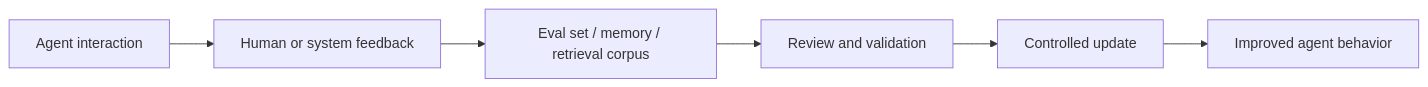
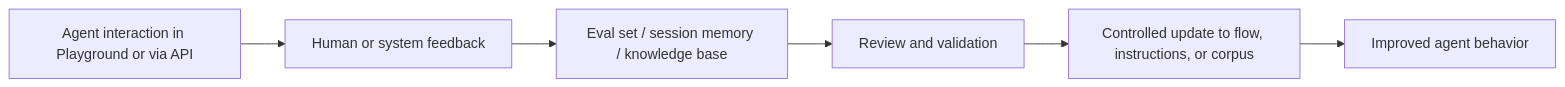
Before and after one commit to naren-allam/agents-beginners: the third of 11 diagrams in book/chapters/chapter-02-from-agents-to-agentic-ai.md, drawn with Mermaid. The commit also changed other lines of this file and 28 other files, not shown here.

````diff
--- a/book/chapters/chapter-02-from-agents-to-agentic-ai.md
+++ b/book/chapters/chapter-02-from-agents-to-agentic-ai.md
@@ -65,15 +72,15 @@
 ```mermaid
 flowchart LR
-    Interaction["Agent interaction"]
+    Interaction["Agent interaction in Playground or via API"]
     Feedback["Human or system feedback"]
-    Dataset["Eval set / memory / retrieval corpus"]
+    Dataset["Eval set / session memory / knowledge base"]
     Review["Review and validation"]
-    Update["Controlled update"]
+    Update["Controlled update to flow, instructions, or corpus"]
     Agent["Improved agent behavior"]
 
     Interaction --> Feedback
     Feedback --> Dataset
     Dataset --> Review
     Review --> Update
     Update --> Agent
 ```
````
